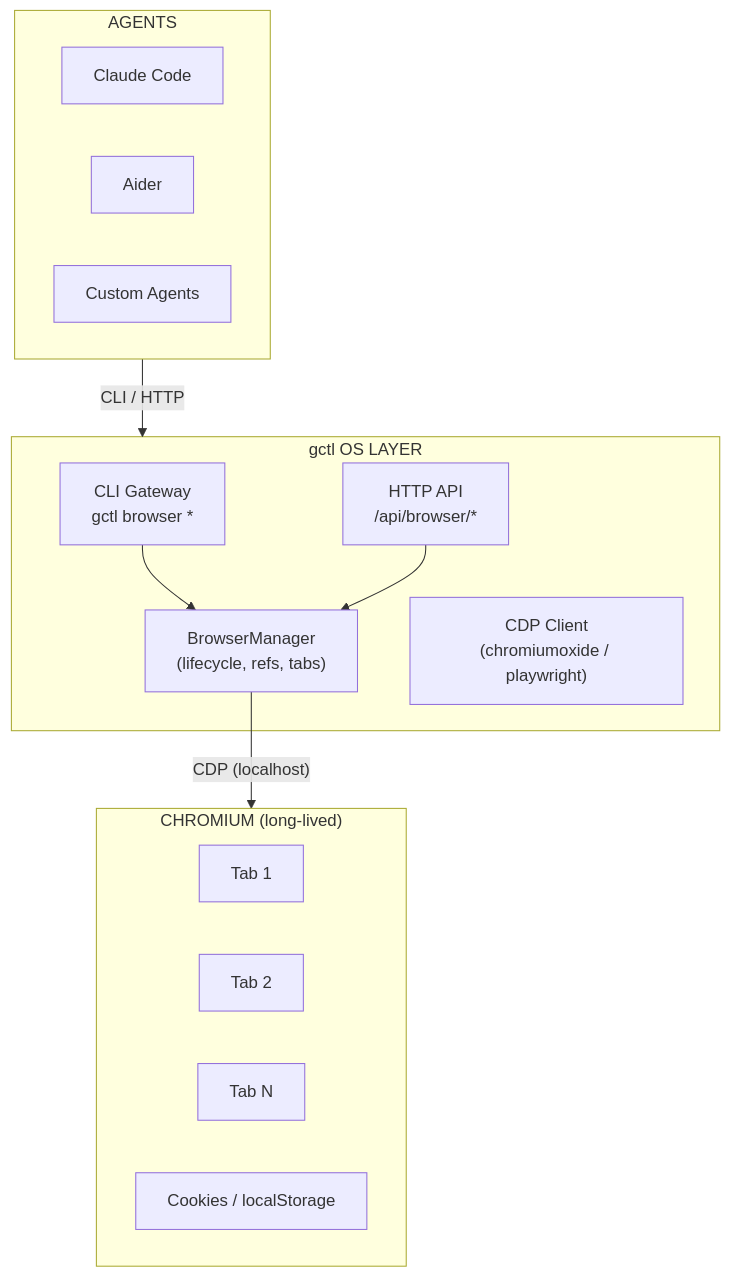
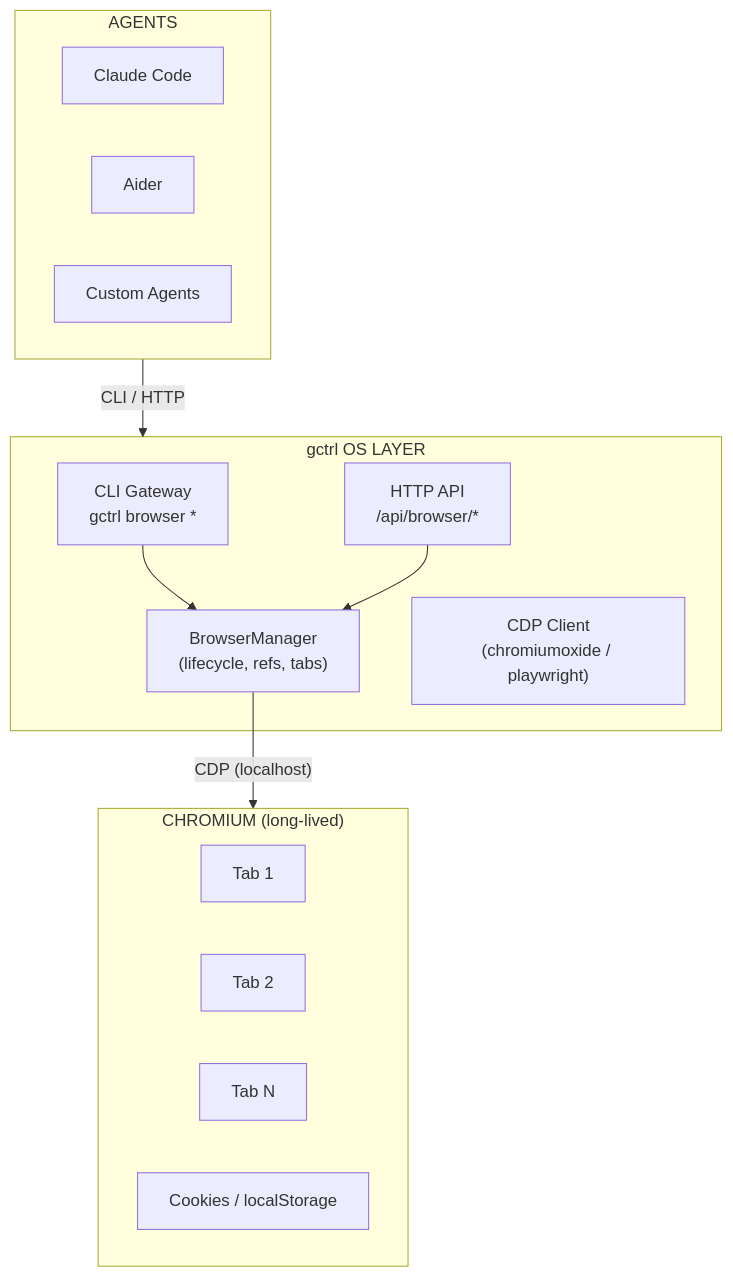
Before and after one commit to OpenHackersClub/gctrl: the first of 3 diagrams in specs/architecture/kernel/browser.md, drawn with Mermaid. The commit also changed other lines of this file and 360 other files, not shown here.

First line of the commit message:
refactor: rename brand gctl → gctrl across repo

````diff
--- a/specs/architecture/kernel/browser.md
+++ b/specs/architecture/kernel/browser.md
@@ -24,27 +24,27 @@
 ```mermaid
 graph TB
     subgraph Agents["AGENTS"]
         Claude["Claude Code"]
         Aider["Aider"]
         Custom["Custom Agents"]
     end
 
-    subgraph GCTL["gctl OS LAYER"]
-        CLI["CLI Gateway<br/>gctl browser *"]
+    subgraph GCTL["gctrl OS LAYER"]
+        CLI["CLI Gateway<br/>gctrl browser *"]
         API["HTTP API<br/>/api/browser/*"]
         BM["BrowserManager<br/>(lifecycle, refs, tabs)"]
         CDP["CDP Client<br/>(chromiumoxide / playwright)"]
     end
 
     subgraph Browser["CHROMIUM (long-lived)"]
         Tab1["Tab 1"]
         Tab2["Tab 2"]
         TabN["Tab N"]
         Cookies["Cookies / localStorage"]
     end
 
     Agents -->|"CLI / HTTP"| GCTL
     CLI --> BM
     API --> BM
     BM -->|"CDP (localhost)"| Browser
 ```
````
